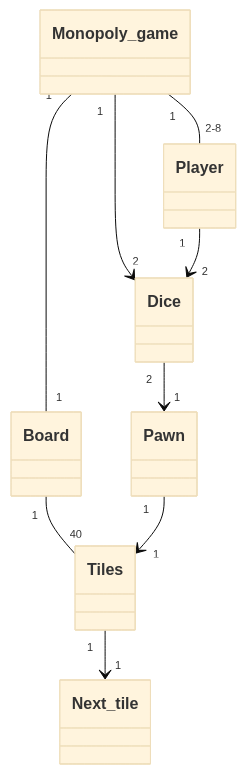
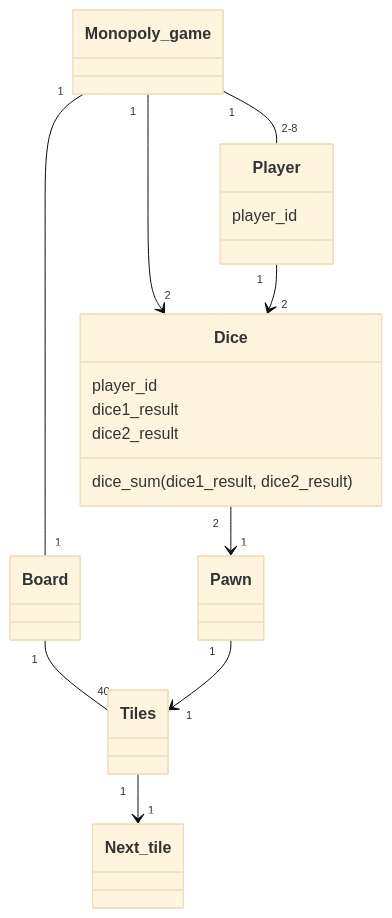
The diagram in tasks/week3/monopoly.md (gabikakol/ot-exercise), drawn with Mermaid (base theme) before and after one commit.

````diff
--- a/tasks/week3/monopoly.md
+++ b/tasks/week3/monopoly.md
@@ -1,12 +1,23 @@
 ```mermaid
  classDiagram
       Monopoly_game "1" -- "2-8" Player 
       Monopoly_game "1" --> "2" Dice
       Monopoly_game "1" -- "1" Board
       Board "1" -- "40" Tiles
       Tiles "1" --> "1" Next_tile
       Player "1" --> "2" Dice
       Dice "2" --> "1" Pawn
       Pawn "1" --> "1" Tiles
       
+      class Player {
+      player_id
+      }
+      
+      class Dice {
+      player_id
+      dice1_result
+      dice2_result
+      dice_sum(dice1_result, dice2_result)
+      }
+      
 ```
````
